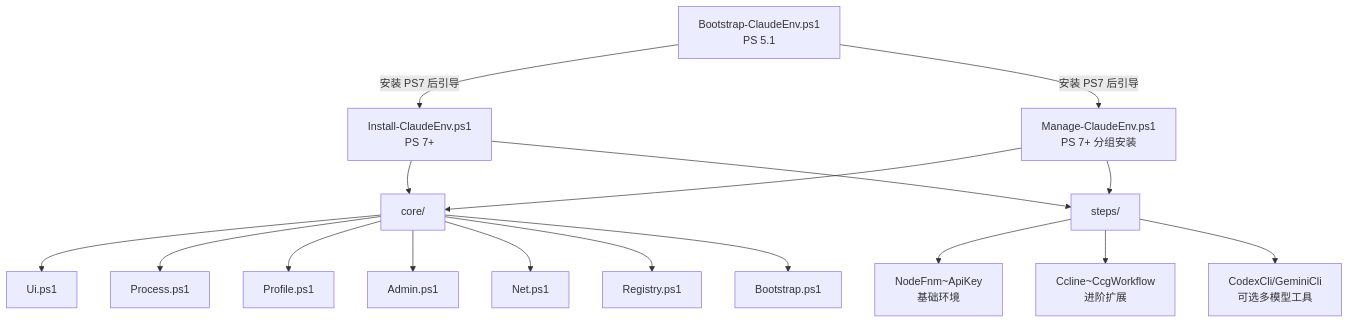
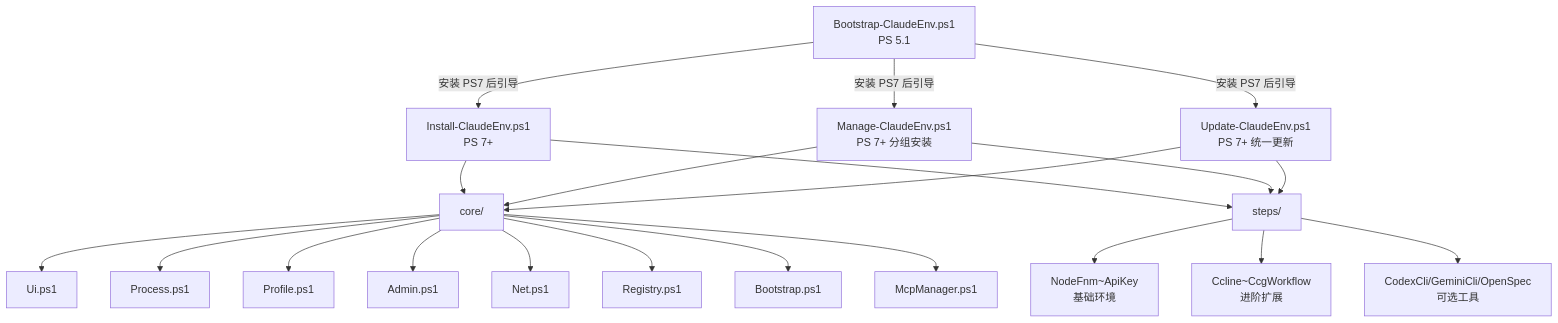
Before and after one commit to hkxiaoyao/claude-code-quickstart: the diagram in CLAUDE.md, drawn with Mermaid. The commit also changed other lines of this file and 27 other files, not shown here.

````diff
--- a/CLAUDE.md
+++ b/CLAUDE.md
@@ -25,14 +26,17 @@
 ```mermaid
 graph TD
     A[Bootstrap-ClaudeEnv.ps1<br/>PS 5.1] -->|安装 PS7 后引导| B[Install-ClaudeEnv.ps1<br/>PS 7+]
     A -->|安装 PS7 后引导| M[Manage-ClaudeEnv.ps1<br/>PS 7+ 分组安装]
+    A -->|安装 PS7 后引导| U[Update-ClaudeEnv.ps1<br/>PS 7+ 统一更新]
     B --> C[core/]
     B --> D[steps/]
     M --> C
     M --> D
+    U --> C
+    U --> D
     C --> C1[Ui.ps1] & C2[Process.ps1] & C3[Profile.ps1]
-    C --> C4[Admin.ps1] & C5[Net.ps1] & C6[Registry.ps1] & C7[Bootstrap.ps1]
+    C --> C4[Admin.ps1] & C5[Net.ps1] & C6[Registry.ps1] & C7[Bootstrap.ps1] & C8[McpManager.ps1]
     D --> D1[NodeFnm~ApiKey<br/>基础环境]
     D --> D2[Ccline~CcgWorkflow<br/>进阶扩展]
-    D --> D3[CodexCli/GeminiCli<br/>可选多模型工具]
+    D --> D3[CodexCli/GeminiCli/OpenSpec<br/>可选工具]
 ```
````
